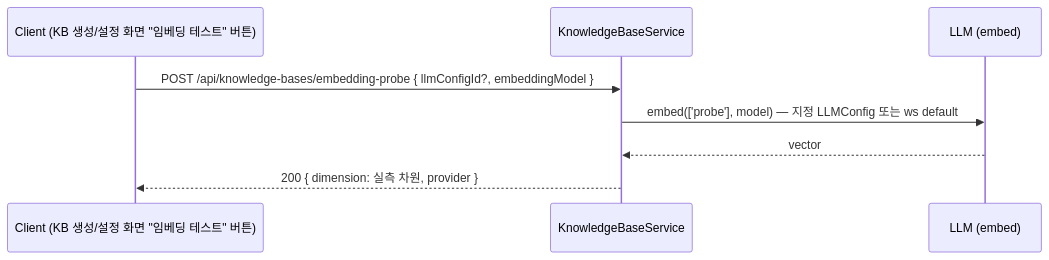
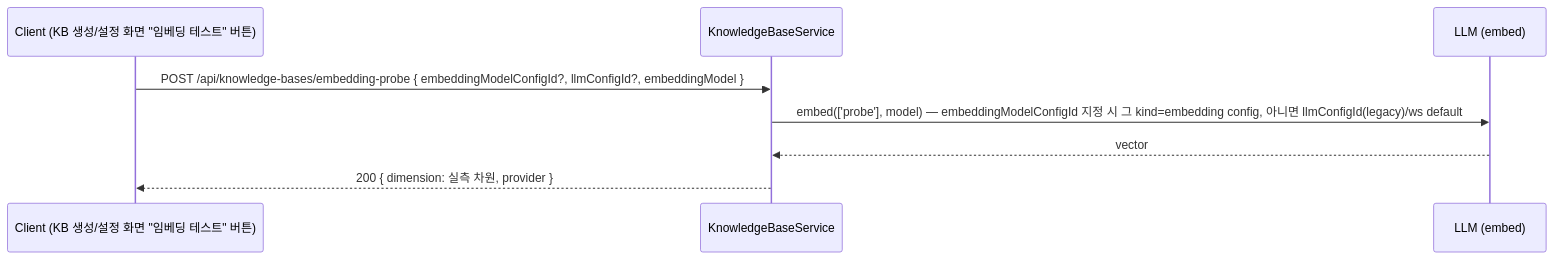
The fifth of 6 diagrams in spec/data-flow/6-knowledge-base.md (worker-ants/clemvion), drawn with Mermaid before and after one commit. The commit also changed other lines of this file and 173 other files, not shown here.

First line of the commit message:
feat: 통합 모델 관리(Models) — LLM/Embedding/Rerank 단일화 + 임베딩 1급화 (#541)

````diff
--- a/spec/data-flow/6-knowledge-base.md
+++ b/spec/data-flow/6-knowledge-base.md
@@ -225,11 +225,11 @@
 ```mermaid
 sequenceDiagram
   participant C as Client (KB 생성/설정 화면 "임베딩 테스트" 버튼)
   participant Svc as KnowledgeBaseService
   participant LLM as LLM (embed)
 
-  C->>Svc: POST /api/knowledge-bases/embedding-probe { llmConfigId?, embeddingModel }
-  Svc->>LLM: embed(['probe'], model) — 지정 LLMConfig 또는 ws default
+  C->>Svc: POST /api/knowledge-bases/embedding-probe { embeddingModelConfigId?, llmConfigId?, embeddingModel }
+  Svc->>LLM: embed(['probe'], model) — embeddingModelConfigId 지정 시 그 kind=embedding config, 아니면 llmConfigId(legacy)/ws default
   LLM-->>Svc: vector
   Svc-->>C: 200 { dimension: 실측 차원, provider }
 ```
````
